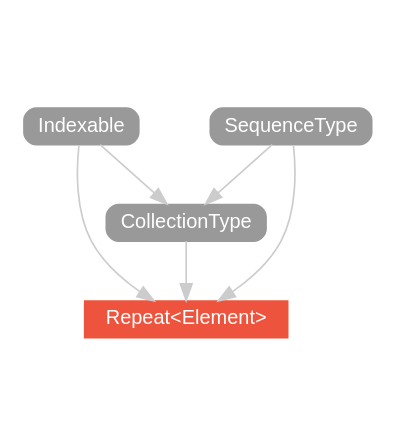
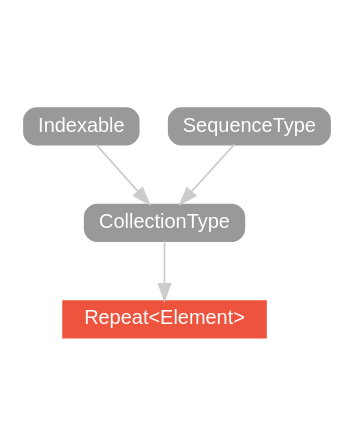
The diagram in v2.0/type/Repeat/hierarchy/index.dot (SwiftDoc/SwiftDoc.github.io), drawn with Graphviz before and after one commit. The commit also changed 1932 other files, not shown here.

```diff
--- a/v2.0/type/Repeat/hierarchy/index.dot
+++ b/v2.0/type/Repeat/hierarchy/index.dot
@@ -1,16 +1,14 @@
 strict digraph "Repeat<Element> - Type Hierarchy - SwiftDoc.org" {
     pad="0.1,0.8"
     node [shape=box, style="filled,rounded", color="#999999", fillcolor="#999999", fontcolor=white, fontname=Helvetica, fontnames="Helvetica,sansserif", fontsize=12, margin="0.07,0.05", height="0.3"]
     edge [color="#cccccc"]
     "CollectionType" [URL="/protocol/CollectionType/"]
     "Indexable" [URL="/protocol/Indexable/"]
     "Repeat<Element>" [URL="/type/Repeat/", style="filled", fillcolor="#ee543d", color="#ee543d"]
     "SequenceType" [URL="/protocol/SequenceType/"]    "CollectionType" -> "Repeat<Element>"
-    "Indexable" -> "Repeat<Element>"
-    "SequenceType" -> "Repeat<Element>"
     "Indexable" -> "CollectionType"
     "SequenceType" -> "CollectionType"
     subgraph Types {
         rank = max; "Repeat<Element>";
     }
 }
```
